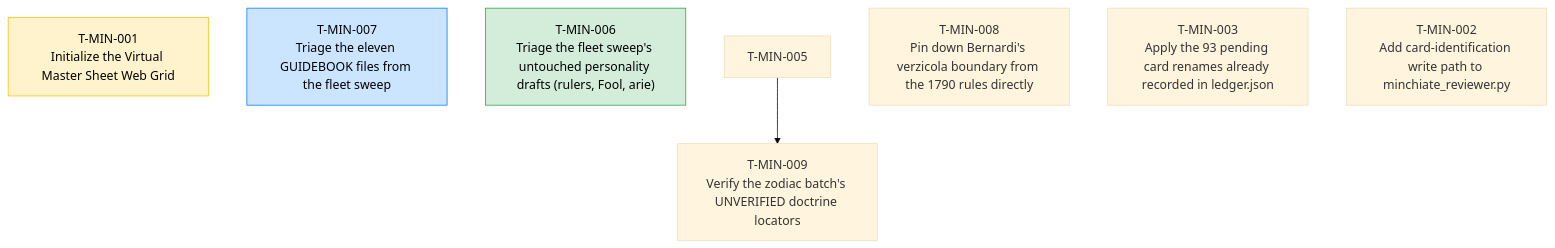
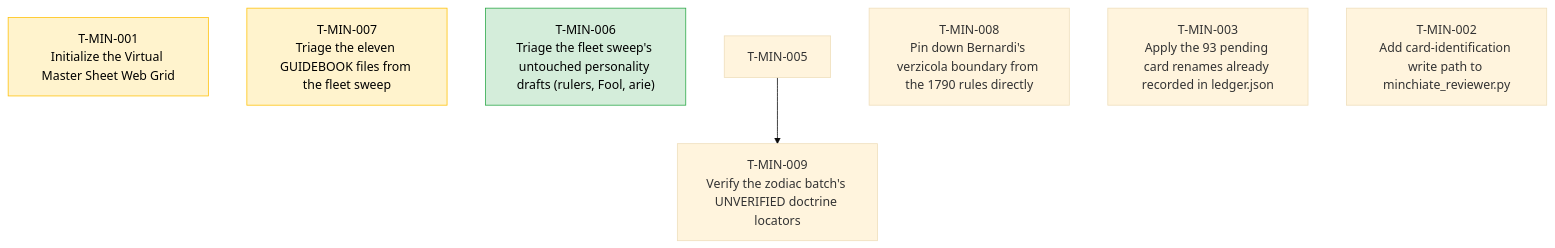
Before and after one commit to wgmilleriii/task_coordinator: the diagram in TASKS.md, drawn with Mermaid (base theme). The commit also changed other lines of this file and 2 other files, not shown here.

Commit message:
submit: T-MIN-007 to PEER_REVIEW — guidebook triage 3 KEEP / 8 archived, format kept with spec; head 58f3a6e

````diff
--- a/TASKS.md
+++ b/TASKS.md
@@ -7,15 +7,15 @@
 ```mermaid
 graph TD
     classDef done fill:#d4edda,stroke:#28a745,color:#000;
     classDef blocked fill:#f8d7da,stroke:#dc3545,color:#000;
     classDef review fill:#fff3cd,stroke:#ffc107,color:#000;
     classDef active fill:#cce5ff,stroke:#007bff,color:#000;
     T-MIN-001["T-MIN-001<br/>Initialize the Virtual Master Sheet Web Grid"]:::review
-    T-MIN-007["T-MIN-007<br/>Triage the eleven GUIDEBOOK files from the fleet sweep"]:::active
+    T-MIN-007["T-MIN-007<br/>Triage the eleven GUIDEBOOK files from the fleet sweep"]:::review
     T-MIN-006["T-MIN-006<br/>Triage the fleet sweep's untouched personality drafts (rulers, Fool, arie)"]:::done
     T-MIN-009["T-MIN-009<br/>Verify the zodiac batch's UNVERIFIED doctrine locators"]
     T-MIN-005 --> T-MIN-009
     T-MIN-008["T-MIN-008<br/>Pin down Bernardi's verzicola boundary from the 1790 rules directly"]
     T-MIN-003["T-MIN-003<br/>Apply the 93 pending card renames already recorded in ledger.json"]
     T-MIN-002["T-MIN-002<br/>Add card-identification write path to minchiate_reviewer.py"]
 ```
````
